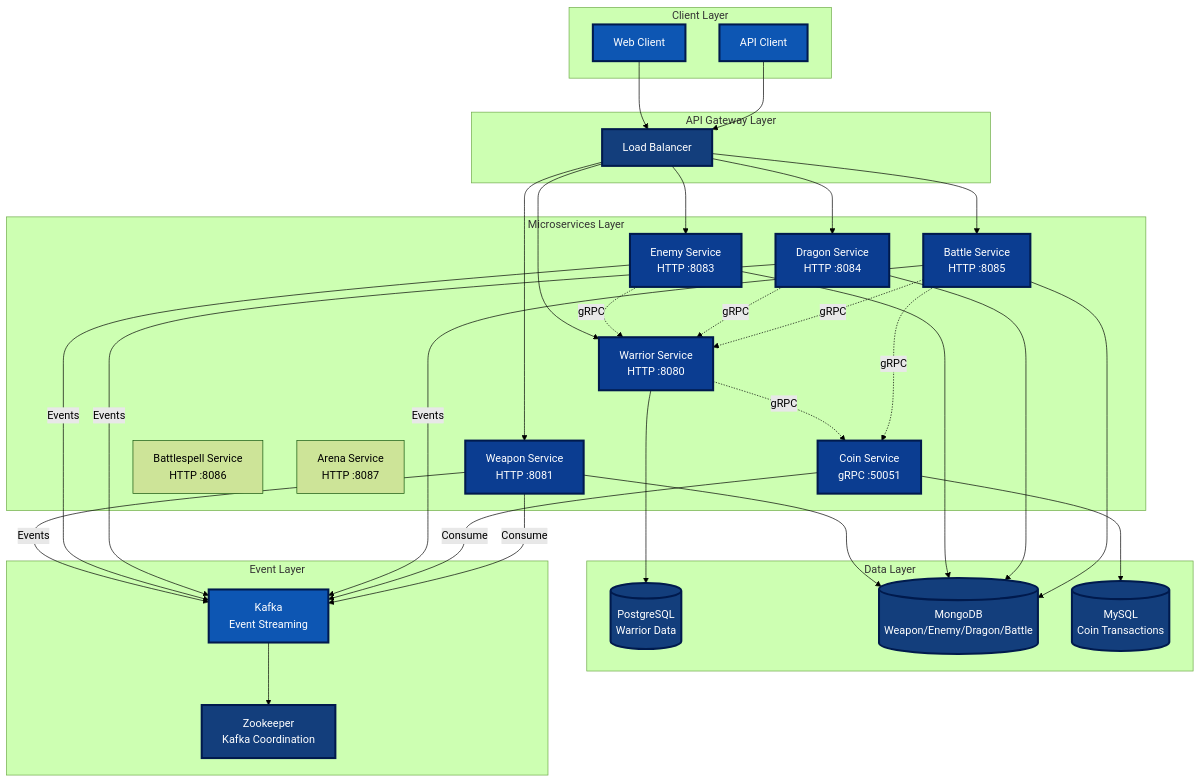
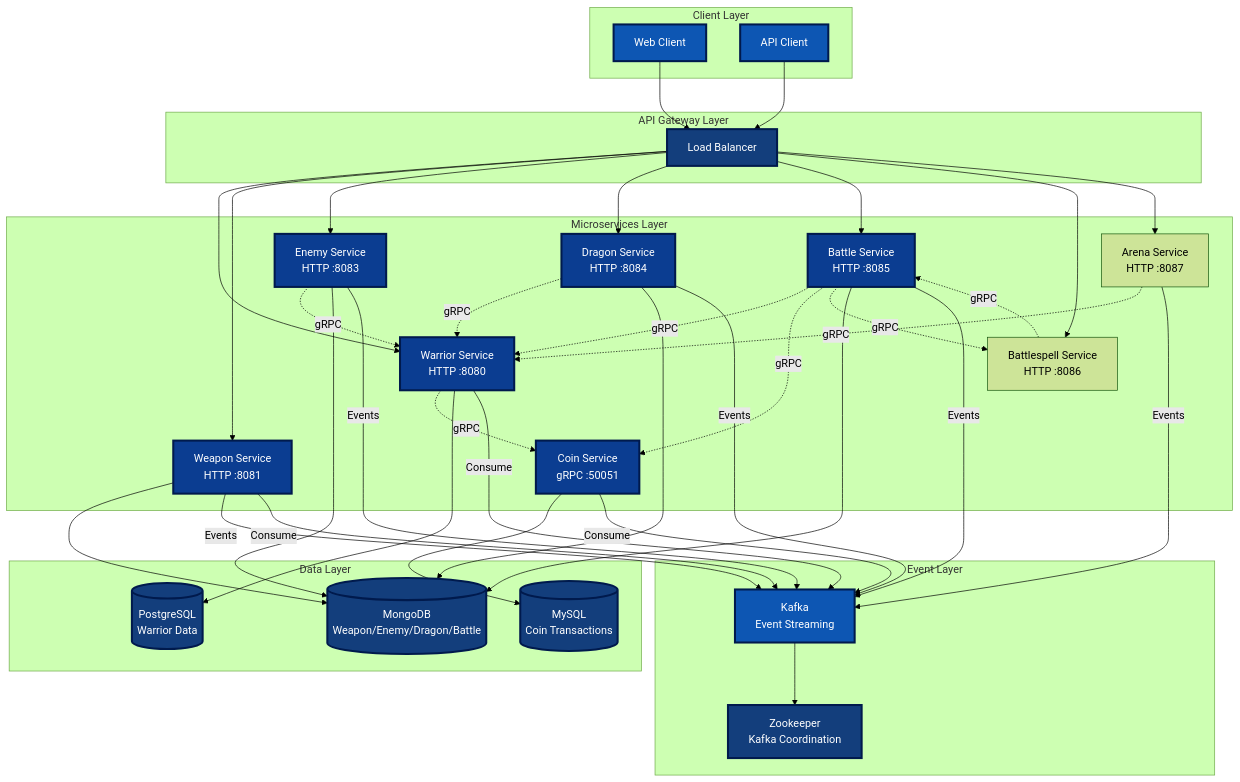
One commit to tiraten-bot/network-sec-micro changed the first of 20 diagrams in README.md. Above: the diagram before and after it, drawn with Mermaid (forest theme).

Commit message:
Update README.md to include new service interactions for Battlespell and Arena, adding connections for BS and A in the gRPC and Events workflows for improved clarity on system architecture.

```diff
--- a/README.md
+++ b/README.md
@@ -44,12 +44,17 @@
     LB --> E
     LB --> D
     LB --> B
+    LB --> BS
+    LB --> A
     
     W -.->|gRPC| C
     E -.->|gRPC| W
     D -.->|gRPC| W
     B -.->|gRPC| W
     B -.->|gRPC| C
+    B -.->|gRPC| BS
+    BS -.->|gRPC| B
+    A -.->|gRPC| W
     
     W --> PG
     WP --> MG
@@ -62,8 +67,10 @@
     E -->|Events| K
     D -->|Events| K
     B -->|Events| K
+    A -->|Events| K
     C -->|Consume| K
     WP -->|Consume| K
+    W -->|Consume| K
     
     K --> Z
     
```
